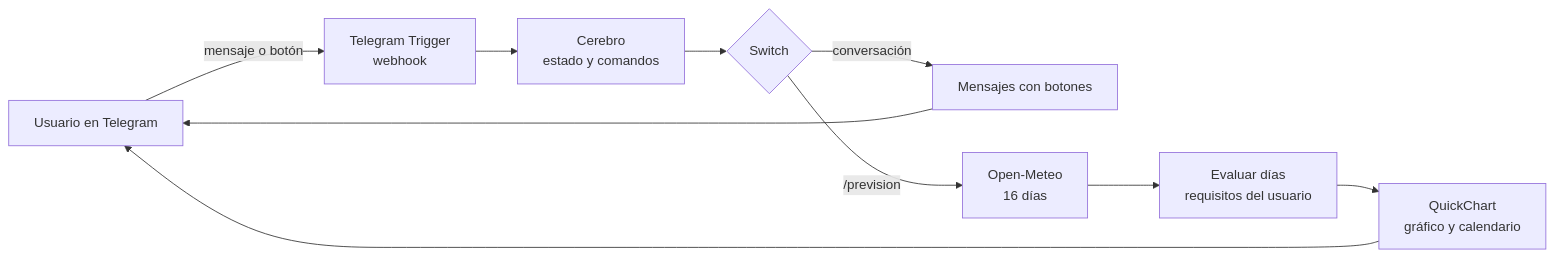
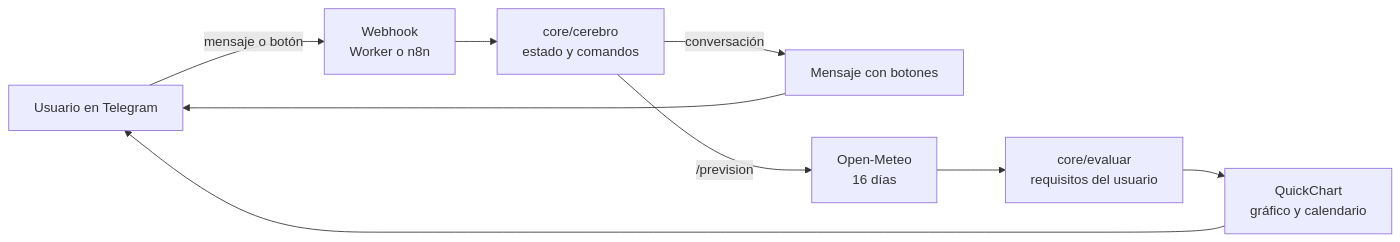
One commit to brahimnr2003-beep/NevadaRadar changed the diagram in README.md. Above: the diagram before and after it, drawn with Mermaid. The commit also changed other lines of this file and 16 other files, not shown here.

````diff
--- a/README.md
+++ b/README.md
@@ -36,12 +45,11 @@
 ```mermaid
 flowchart LR
-    U[Usuario en Telegram] -->|mensaje o botón| T[Telegram Trigger<br/>webhook]
-    T --> C[Cerebro<br/>estado y comandos]
-    C --> S{Switch}
-    S -->|conversación| M[Mensajes con botones]
-    S -->|/prevision| O[Open-Meteo<br/>16 días]
-    O --> E[Evaluar días<br/>requisitos del usuario]
+    U[Usuario en Telegram] -->|mensaje o botón| W[Webhook<br/>Worker o n8n]
+    W --> C[core/cerebro<br/>estado y comandos]
+    C -->|conversación| M[Mensaje con botones]
+    C -->|/prevision| O[Open-Meteo<br/>16 días]
+    O --> E[core/evaluar<br/>requisitos del usuario]
     E --> Q[QuickChart<br/>gráfico y calendario]
     Q --> U
     M --> U
 ```
````
